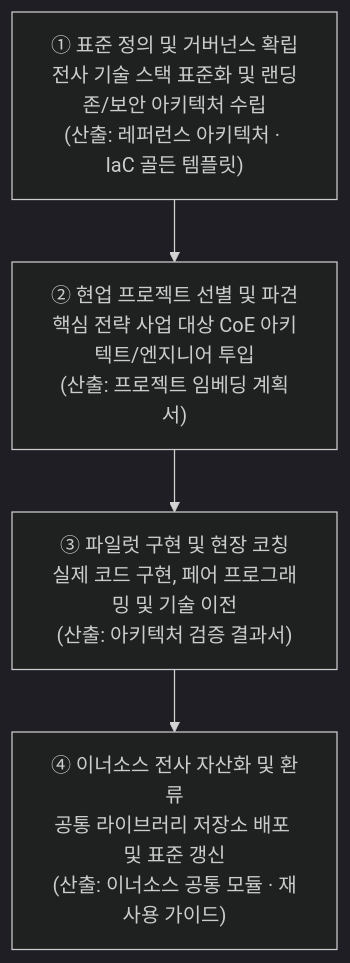
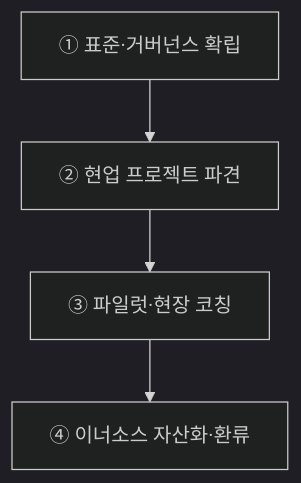
Before and after one commit to agnusdei1207/study: the first of 3 diagrams in src/content/docs/notes/itpe/01-it-strategy/082_coe.md, drawn with Mermaid (dark theme). The commit also changed other lines of this file and 19 other files, not shown here.

````diff
--- a/src/content/docs/notes/itpe/01-it-strategy/082_coe.md
+++ b/src/content/docs/notes/itpe/01-it-strategy/082_coe.md
@@ -56,9 +56,4 @@
 ```mermaid
 flowchart TD
-    S1["① 표준 정의 및 거버넌스 확립<br/>전사 기술 스택 표준화 및 랜딩존/보안 아키텍처 수립<br/>(산출: 레퍼런스 아키텍처 · IaC 골든 템플릿)"]
-    S2["② 현업 프로젝트 선별 및 파견<br/>핵심 전략 사업 대상 CoE 아키텍트/엔지니어 투입<br/>(산출: 프로젝트 임베딩 계획서)"]
-    S3["③ 파일럿 구현 및 현장 코칭<br/>실제 코드 구현, 페어 프로그래밍 및 기술 이전<br/>(산출: 아키텍처 검증 결과서)"]
-    S4["④ 이너소스 전사 자산화 및 환류<br/>공통 라이브러리 저장소 배포 및 표준 갱신<br/>(산출: 이너소스 공통 모듈 · 재사용 가이드)"]
-
-    S1 --> S2 --> S3 --> S4
+    S1["① 표준·거버넌스 확립"] --> S2["② 현업 프로젝트 파견"] --> S3["③ 파일럿·현장 코칭"] --> S4["④ 이너소스 자산화·환류"]
 ```
````
